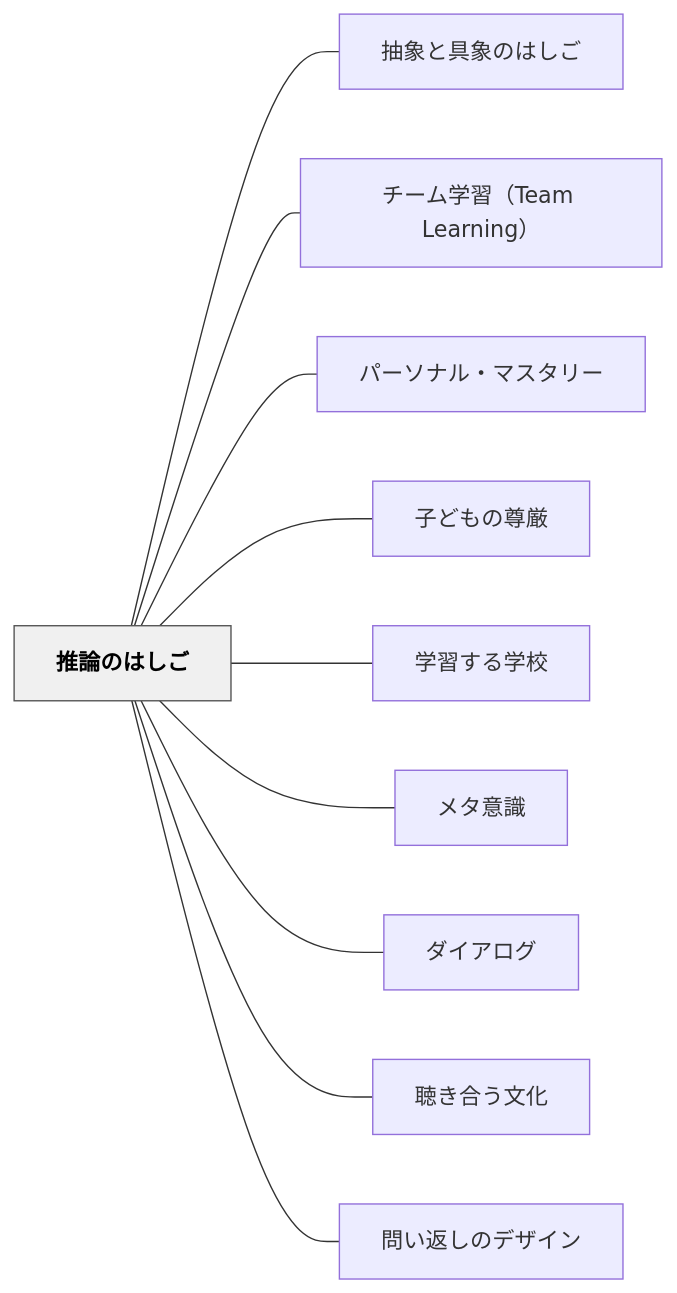
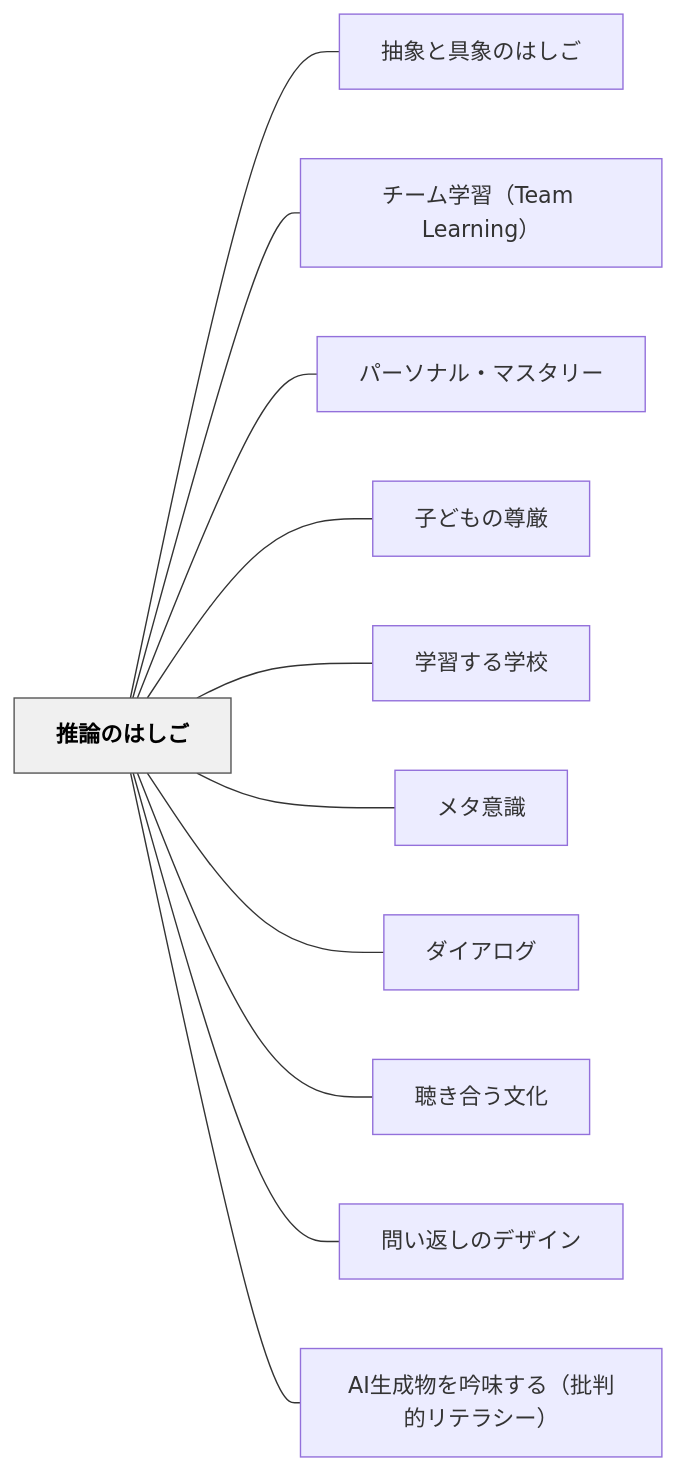
The diagram in content/パタン/推論のはしご.md (unknownthings-ed-patterns/unknownthings-ed-patterns), drawn with Mermaid before and after one commit. The commit also changed other lines of this file and 20 other files, not shown here.

````diff
--- a/content/パタン/推論のはしご.md
+++ b/content/パタン/推論のはしご.md
@@ -108,26 +109,28 @@
 ```mermaid
 flowchart LR
     ne68ea8e8ab96e381aee381afe38197e38194["推論のはしご"]
     ne68abde8b1a1e381a8e585b7e8b1a1e381aee381afe38197e38194["抽象と具象のはしご"]
     ne38381e383bce383a0e5ada6e7bf92efbc885465616d204c6561726e696e67efbc89["チーム学習（Team Learning）"]
     ne38391e383bce382bde3838ae383abe383bbe3839ee382b9e382bfe383aae383bc["パーソナル・マスタリー"]
     ne5ad90e381a9e38282e381aee5b08ae58eb3["子どもの尊厳"]
     ne5ada6e7bf92e38199e3828be5ada6e6a0a1["学習する学校"]
     ne383a1e382bfe6848fe8ad98["メタ意識"]
     ne38380e382a4e382a2e383ade382b0["ダイアログ"]
     ne881b4e3818de59088e38186e69687e58c96["聴き合う文化"]
     ne5958fe38184e8bf94e38197e381aee38387e382b6e382a4e383b3["問い返しのデザイン"]
+    n4149e7949fe68890e789a9e38292e5909fe591b3e38199e3828befbc88e689b9e588a4e79a84e383aae38386e383a9e382b7e383bcefbc89["AI生成物を吟味する（批判的リテラシー）"]
 
     ne68ea8e8ab96e381aee381afe38197e38194 --- ne68abde8b1a1e381a8e585b7e8b1a1e381aee381afe38197e38194
     ne68ea8e8ab96e381aee381afe38197e38194 --- ne38381e383bce383a0e5ada6e7bf92efbc885465616d204c6561726e696e67efbc89
     ne68ea8e8ab96e381aee381afe38197e38194 --- ne38391e383bce382bde3838ae383abe383bbe3839ee382b9e382bfe383aae383bc
     ne68ea8e8ab96e381aee381afe38197e38194 --- ne5ad90e381a9e38282e381aee5b08ae58eb3
     ne68ea8e8ab96e381aee381afe38197e38194 --- ne5ada6e7bf92e38199e3828be5ada6e6a0a1
     ne68ea8e8ab96e381aee381afe38197e38194 --- ne383a1e382bfe6848fe8ad98
     ne68ea8e8ab96e381aee381afe38197e38194 --- ne38380e382a4e382a2e383ade382b0
     ne68ea8e8ab96e381aee381afe38197e38194 --- ne881b4e3818de59088e38186e69687e58c96
     ne68ea8e8ab96e381aee381afe38197e38194 --- ne5958fe38184e8bf94e38197e381aee38387e382b6e382a4e383b3
+    ne68ea8e8ab96e381aee381afe38197e38194 --- n4149e7949fe68890e789a9e38292e5909fe591b3e38199e3828befbc88e689b9e588a4e79a84e383aae38386e383a9e382b7e383bcefbc89
 
     classDef hub fill:#f0f0f0,stroke:#555,color:#000,font-weight:bold
     class ne68ea8e8ab96e381aee381afe38197e38194 hub
 ```
````
